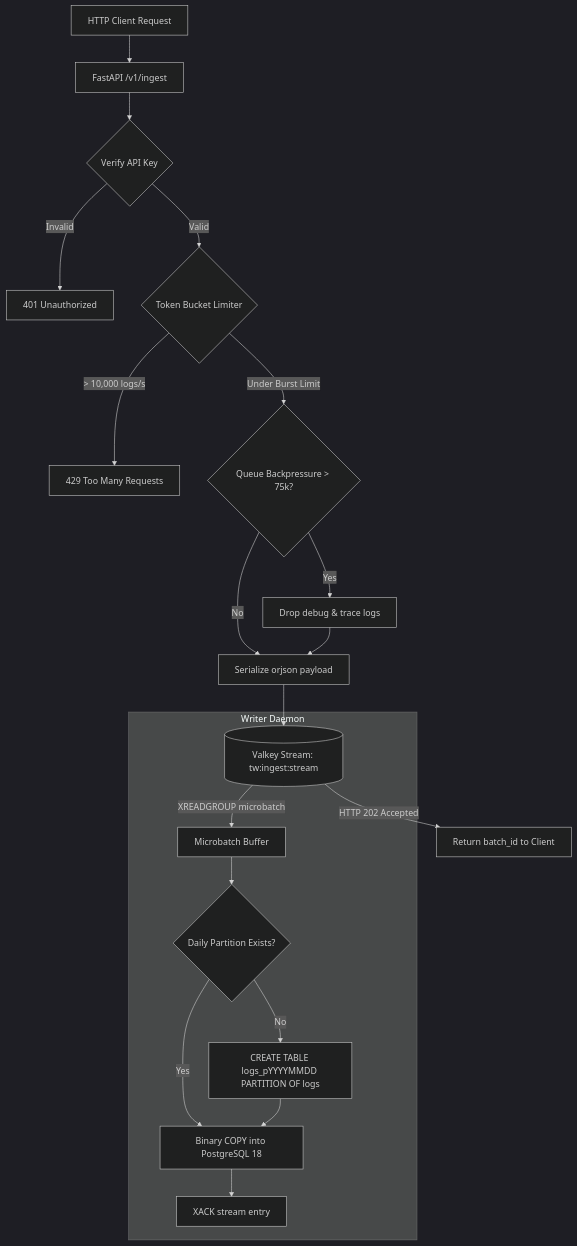
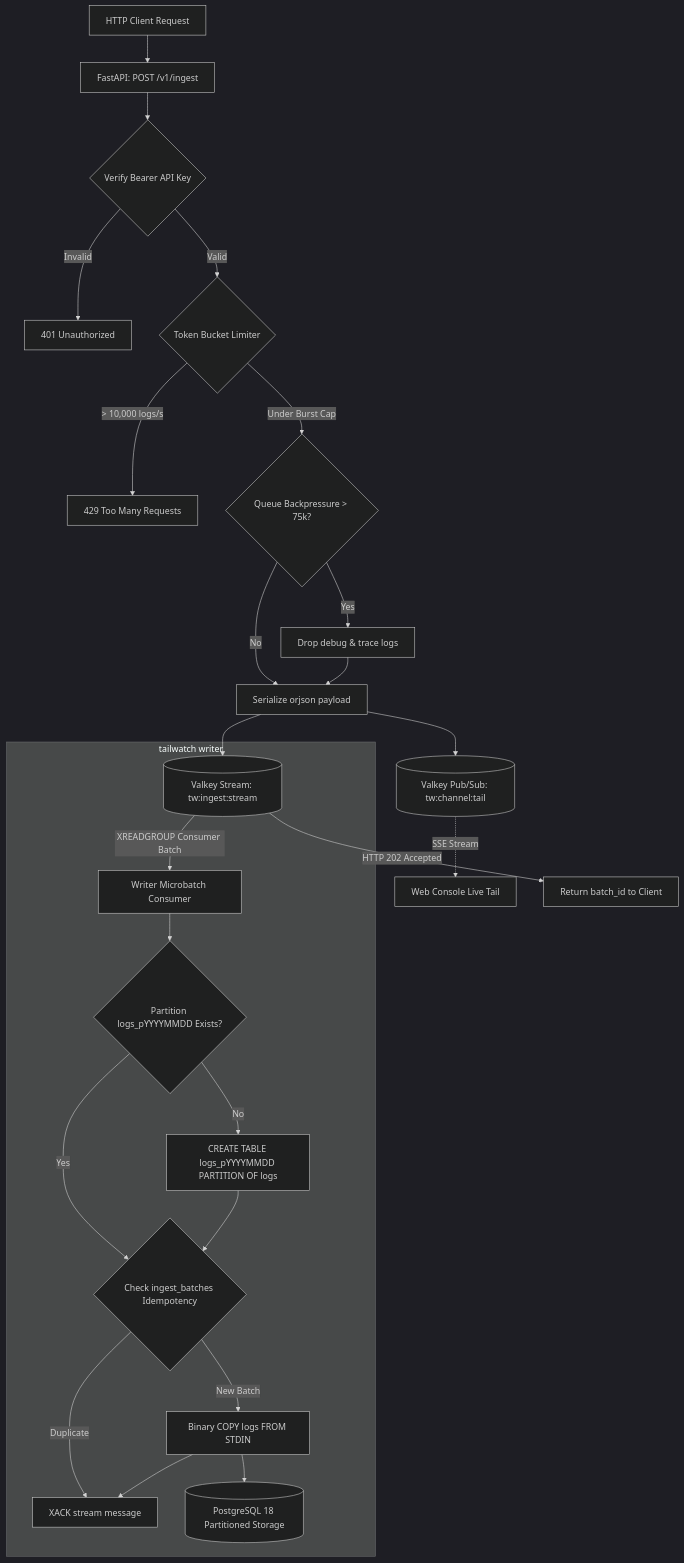
The first of 3 diagrams in server/README.md (ADI-2707/Tailwatch), drawn with Mermaid (dark theme) before and after one commit. The commit also changed other lines of this file and 5 other files, not shown here.

Commit message:
docs: update root and subsystem readmes with flowcharts, architecture diagrams, and component trees

````diff
--- a/server/README.md
+++ b/server/README.md
@@ -9,23 +11,28 @@
 ```mermaid
 graph TD
-    REQ[HTTP Client Request] --> API[FastAPI /v1/ingest]
-    API --> AUTH{Verify API Key}
+    REQ[HTTP Client Request] --> API[FastAPI: POST /v1/ingest]
+    API --> AUTH{Verify Bearer API Key}
     AUTH -->|Invalid| E401[401 Unauthorized]
     AUTH -->|Valid| TB{Token Bucket Limiter}
     TB -->|> 10,000 logs/s| E429[429 Too Many Requests]
-    TB -->|Under Burst Limit| SHED{Queue Backpressure > 75k?}
+    TB -->|Under Burst Cap| SHED{Queue Backpressure > 75k?}
     SHED -->|Yes| DROP[Drop debug & trace logs]
-    SHED -->|No| PACK[Serialize orjson payload]
-    DROP --> PACK
-    PACK --> XADD[(Valkey Stream: tw:ingest:stream)]
+    SHED -->|No| SER[Serialize orjson payload]
+    DROP --> SER
+    SER --> XADD[(Valkey Stream: tw:ingest:stream)]
+    SER --> PUB[(Valkey Pub/Sub: tw:channel:tail)]
+    PUB -.->|SSE Stream| UI[Web Console Live Tail]
     XADD -->|HTTP 202 Accepted| RES[Return batch_id to Client]
 
-    subgraph Consumer Loop [Writer Daemon]
-        XADD -->|XREADGROUP microbatch| BATCH[Microbatch Buffer]
-        BATCH --> PART{Daily Partition Exists?}
-        PART -->|No| MKPART[CREATE TABLE logs_pYYYYMMDD PARTITION OF logs]
-        PART -->|Yes| BCOPY[Binary COPY into PostgreSQL 18]
-        MKPART --> BCOPY
-        BCOPY --> XACK[XACK stream entry]
+    subgraph Writer Daemon [tailwatch writer]
+        XADD -->|XREADGROUP Consumer Batch| WRT[Writer Microbatch Consumer]
+        WRT --> DDL{Partition logs_pYYYYMMDD Exists?}
+        DDL -->|No| PART[CREATE TABLE logs_pYYYYMMDD PARTITION OF logs]
+        DDL -->|Yes| DEDUP{Check ingest_batches Idempotency}
+        PART --> DEDUP
+        DEDUP -->|New Batch| BCOPY[Binary COPY logs FROM STDIN]
+        DEDUP -->|Duplicate| ACK[XACK stream message]
+        BCOPY --> ACK
+        BCOPY --> PG[(PostgreSQL 18 Partitioned Storage)]
     end
 ```
````
